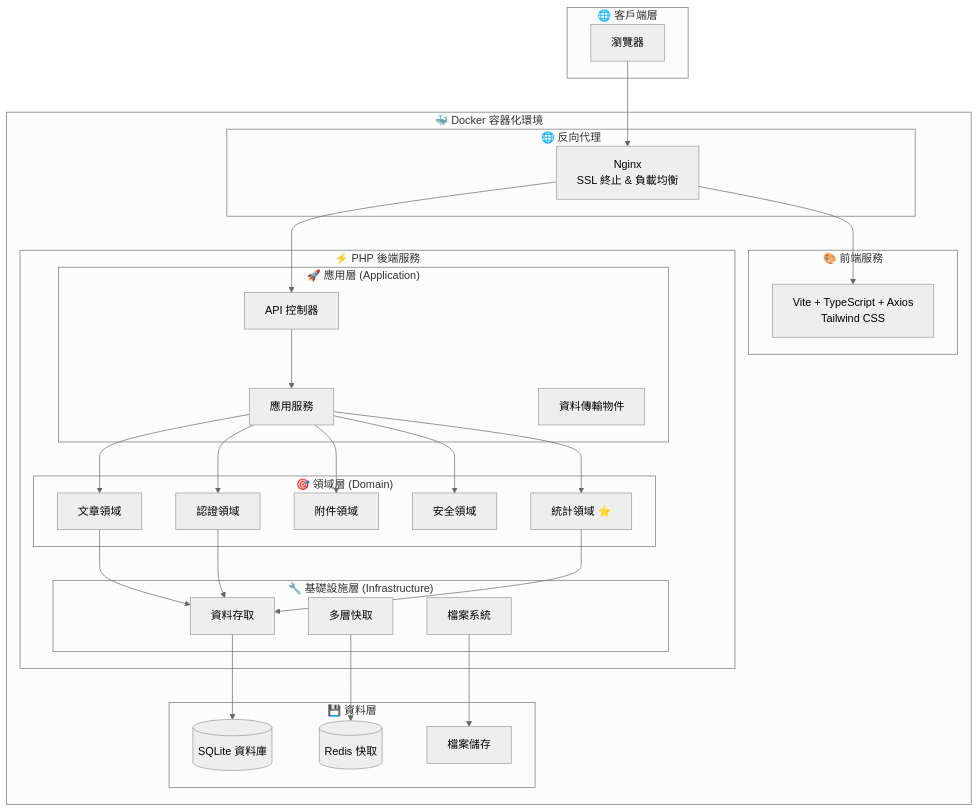
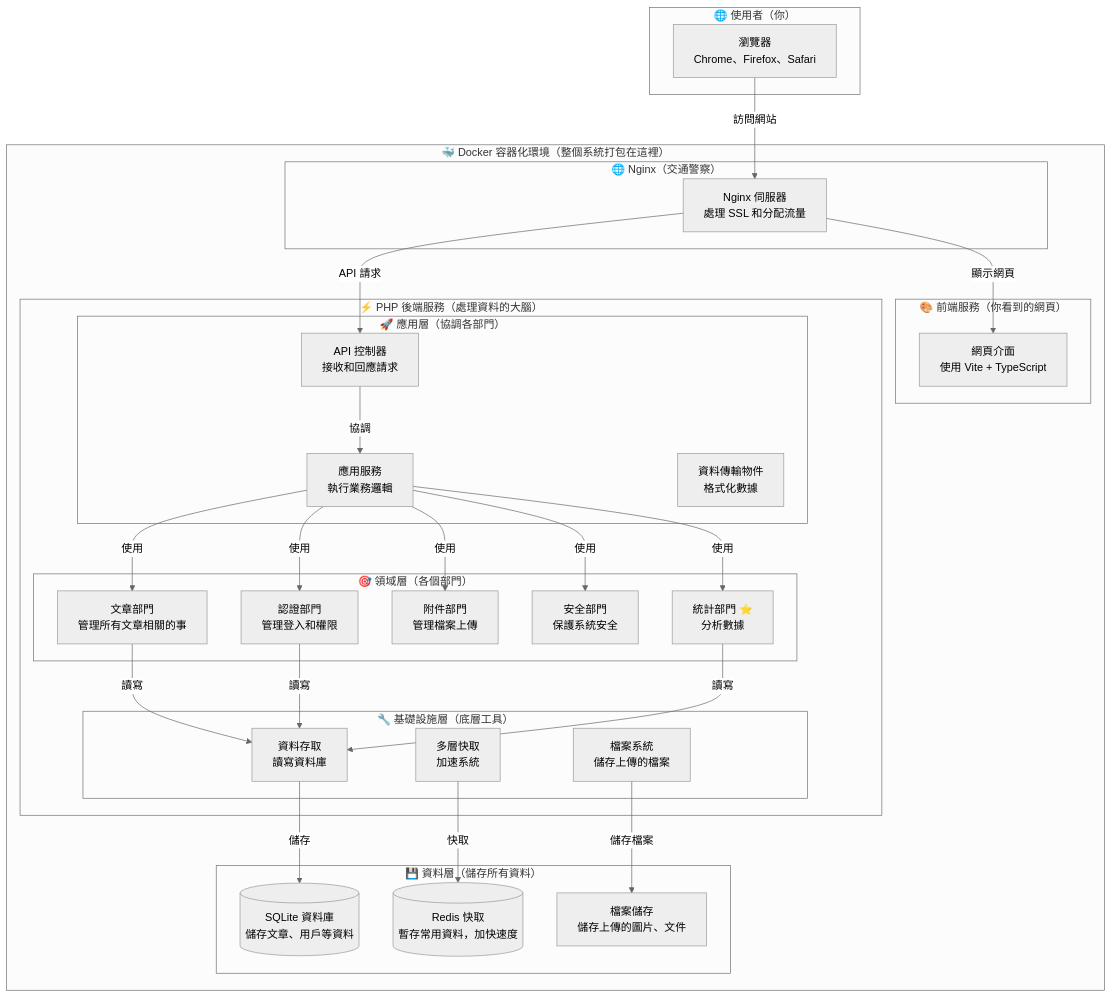
One commit to cookeyholder/AlleyNote changed the first of 2 diagrams in README.md. Above: the diagram before and after it, drawn with Mermaid (neutral theme). The commit also changed other lines of this file, not shown here.

````diff
--- a/README.md
+++ b/README.md
@@ -77,60 +174,60 @@
 ```mermaid
 graph TB
-    subgraph "🌐 客戶端層"
-        Browser[瀏覽器]
+    subgraph "🌐 使用者（你）"
+        Browser[瀏覽器<br/>Chrome、Firefox、Safari]
     end
 
-    subgraph "🐳 Docker 容器化環境"
-        subgraph "🎨 前端服務"
-            Frontend[Vite + TypeScript + Axios<br/>Tailwind CSS]
+    subgraph "🐳 Docker 容器化環境（整個系統打包在這裡）"
+        subgraph "🎨 前端服務（你看到的網頁）"
+            Frontend[網頁介面<br/>使用 Vite + TypeScript]
         end
 
-        subgraph "🌐 反向代理"
-            Nginx[Nginx<br/>SSL 終止 & 負載均衡]
+        subgraph "🌐 Nginx（交通警察）"
+            Nginx[Nginx 伺服器<br/>處理 SSL 和分配流量]
         end
 
-        subgraph "⚡ PHP 後端服務"
-            subgraph "🎯 領域層 (Domain)"
-                Post[文章領域]
-                Auth[認證領域]
-                Attachment[附件領域]
-                Security[安全領域]
-                Statistics[統計領域 ⭐]
+        subgraph "⚡ PHP 後端服務（處理資料的大腦）"
+            subgraph "🎯 領域層（各個部門）"
+                Post[文章部門<br/>管理所有文章相關的事]
+                Auth[認證部門<br/>管理登入和權限]
+                Attachment[附件部門<br/>管理檔案上傳]
+                Security[安全部門<br/>保護系統安全]
+                Statistics[統計部門 ⭐<br/>分析數據]
             end
 
-            subgraph "🚀 應用層 (Application)"
-                Controllers[API 控制器]
-                Services[應用服務]
-                DTOs[資料傳輸物件]
+            subgraph "🚀 應用層（協調各部門）"
+                Controllers[API 控制器<br/>接收和回應請求]
+                Services[應用服務<br/>執行業務邏輯]
+                DTOs[資料傳輸物件<br/>格式化數據]
             end
 
-            subgraph "🔧 基礎設施層 (Infrastructure)"
-                Repositories[資料存取]
-                Cache[多層快取]
-                FileSystem[檔案系統]
+            subgraph "🔧 基礎設施層（底層工具）"
+                Repositories[資料存取<br/>讀寫資料庫]
+                Cache[多層快取<br/>加速系統]
+                FileSystem[檔案系統<br/>儲存上傳的檔案]
             end
         end
 
-        subgraph "💾 資料層"
-            SQLite[(SQLite 資料庫)]
-            Redis[(Redis 快取)]
-            Storage[檔案儲存]
+        subgraph "💾 資料層（儲存所有資料）"
+            SQLite[(SQLite 資料庫<br/>儲存文章、用戶等資料)]
+            Redis[(Redis 快取<br/>暫存常用資料，加快速度)]
+            Storage[檔案儲存<br/>儲存上傳的圖片、文件]
         end
     end
 
-    Browser --> Nginx
-    Nginx --> Frontend
-    Nginx --> Controllers
-    Controllers --> Services
-    Services --> Post
-    Services --> Auth
-    Services --> Attachment
-    Services --> Security
-    Services --> Statistics
-    Post --> Repositories
-    Auth --> Repositories
-    Statistics --> Repositories
-    Repositories --> SQLite
-    Cache --> Redis
-    FileSystem --> Storage
+    Browser -->|訪問網站| Nginx
+    Nginx -->|顯示網頁| Frontend
+    Nginx -->|API 請求| Controllers
+    Controllers -->|協調| Services
+    Services -->|使用| Post
+    Services -->|使用| Auth
+    Services -->|使用| Attachment
+    Services -->|使用| Security
+    Services -->|使用| Statistics
+    Post -->|讀寫| Repositories
+    Auth -->|讀寫| Repositories
+    Statistics -->|讀寫| Repositories
+    Repositories -->|儲存| SQLite
+    Cache -->|快取| Redis
+    FileSystem -->|儲存檔案| Storage
 ```
````
